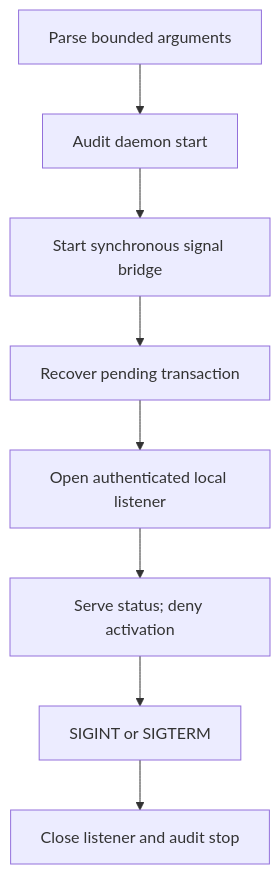
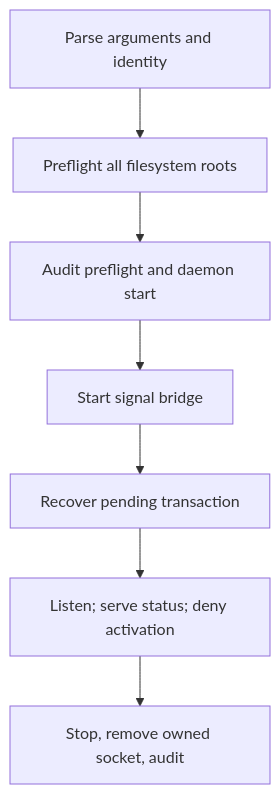
The diagram in docs/reference/privileged-daemon.md (Robin-Goerlach/SASD-Gatehold), drawn with Mermaid before and after one commit. The commit also changed other lines of this file and 12 other files, not shown here.

Commit message:
Preflight daemon filesystems before recovery

````diff
--- a/docs/reference/privileged-daemon.md
+++ b/docs/reference/privileged-daemon.md
@@ -44,10 +48,9 @@
 ```mermaid
 flowchart TD
-    A["Parse bounded arguments"] --> B["Audit daemon start"]
-    B --> C["Start synchronous signal bridge"]
-    C --> D["Recover pending transaction"]
-    D --> E["Open authenticated local listener"]
-    E --> F["Serve status; deny activation"]
-    F --> G["SIGINT or SIGTERM"]
-    G --> H["Close listener and audit stop"]
+    A["Parse arguments and identity"] --> B["Preflight all filesystem roots"]
+    B --> C["Audit preflight and daemon start"]
+    C --> D["Start signal bridge"]
+    D --> E["Recover pending transaction"]
+    E --> F["Listen; serve status; deny activation"]
+    F --> G["Stop, remove owned socket, audit"]
 ```
````
